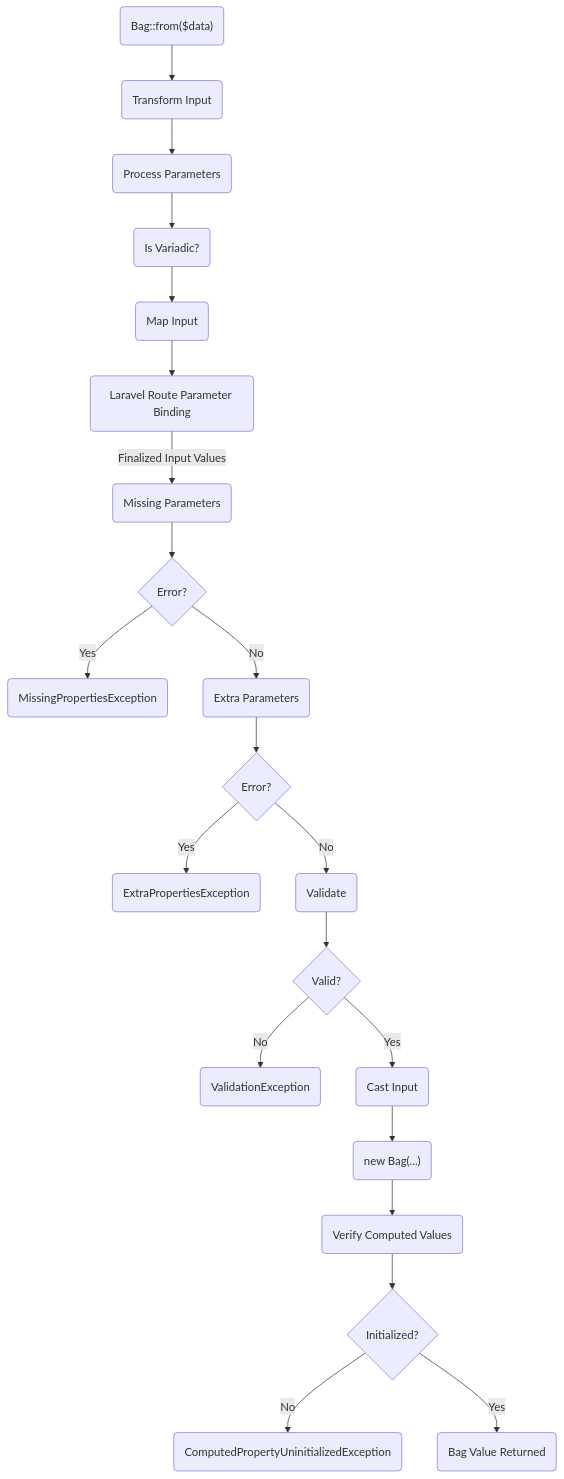
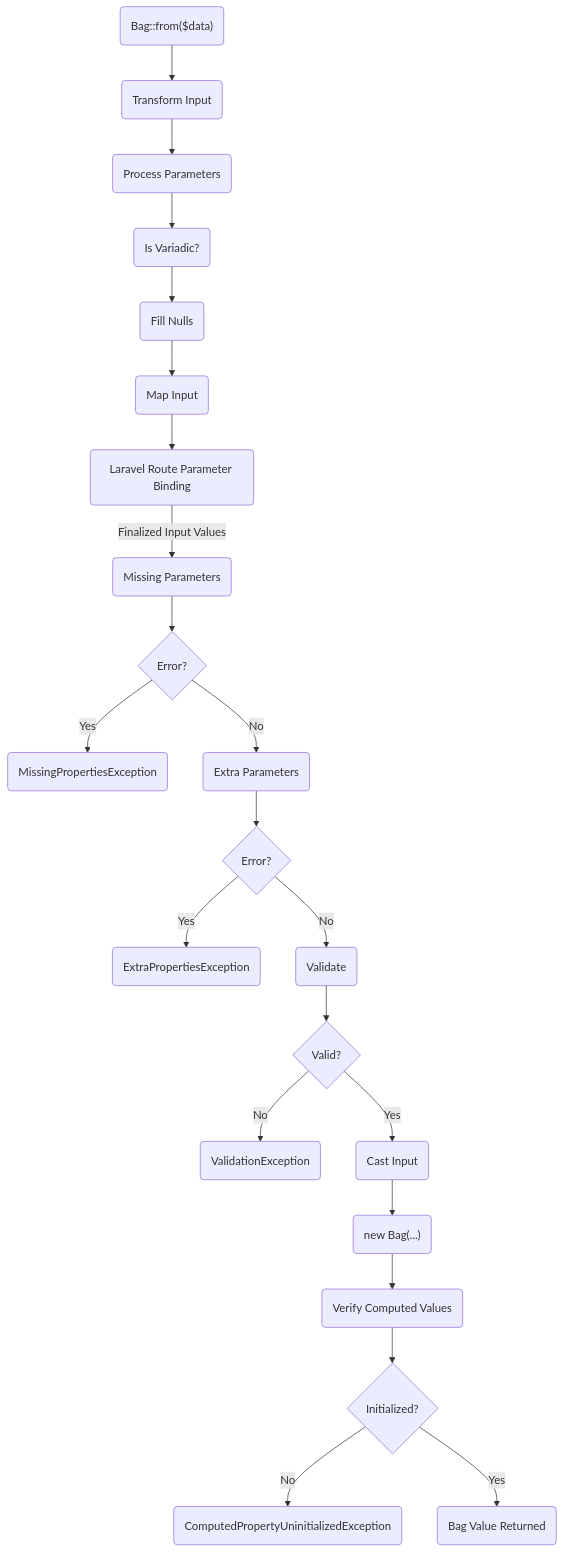
Before and after one commit to dshafik/bag: the first of 5 diagrams in docs/how-bag-works.md, drawn with Mermaid. The commit also changed other lines of this file and 1 other file, not shown here.

````diff
--- a/docs/how-bag-works.md
+++ b/docs/how-bag-works.md
@@ -22,41 +22,43 @@
 ```mermaid
 graph TD;
 start("Bag::from($data)")
 --> transform(Transform Input)
 --> process(Process Parameters) 
 --> variadic(Is Variadic?)
+--> fillNulls(Fill Nulls)
 --> mapInput(Map Input)
 --> laravelParams(Laravel Route Parameter Binding)
 -- Finalized Input Values --> missing(Missing Parameters) --> missingError{Error?}
 missingError -- Yes --> errorMissingParameters(MissingPropertiesException)
 missingError -- No --> extra(Extra Parameters) --> extraError{Error?}
 extraError -- Yes --> errorExtraParameters(ExtraPropertiesException)
 extraError -- No --> validate(Validate)
 --> valid{Valid?}
 valid -- No --> errorValidation(ValidationException)
 valid -- Yes --> cast(Cast Input)
 --> construct("new Bag(...)")
 --> computed(Verify Computed Values)
 --> initialized{Initialized?}
 initialized -- No --> errorInitialization(ComputedPropertyUninitializedException)
 initialized -- Yes
 --> bag(Bag Value Returned)
 
 class start mermaid-start
 class missingError,extraError,valid,initialized mermaid-decision
 class bag mermaid-end
 class errorMissingParameters,errorExtraParameters,errorValidation,errorInitialization mermaid-error
 
 click start "https://github.com/dshafik/bag/blob/main/src/Bag/Bag.php" _blank
 click transform "https://github.com/dshafik/bag/blob/main/src/Bag/Pipelines/Pipes/Transform.php" _blank
 click process "https://github.com/dshafik/bag/blob/main/src/Bag/Pipelines/Pipes/ProcessParameters.php" _blank
 click variadic "https://github.com/dshafik/bag/blob/main/src/Bag/Pipelines/Pipes/IsVariadic.php" _blank
+click fillNull "https://github.com/dshafik/bag/blob/main/src/Bag/Pipelines/Pipes/FillNulls.php" _blank
 click mapInput "https://github.com/dshafik/bag/blob/main/src/Bag/Pipelines/Pipes/MapInput.php" _blank
 click laravelParams "https://github.com/dshafik/bag/blob/main/src/Bag/Pipelines/Pipes/LaravelRouteParameters.php" _blank
 click missing "https://github.com/dshafik/bag/blob/main/src/Bag/Pipelines/Pipes/MissingParameters.php" _blank
 click extra "https://github.com/dshafik/bag/blob/main/src/Bag/Pipelines/Pipes/ExtraParameters.php" _blank
 click validate "https://github.com/dshafik/bag/blob/main/src/Bag/Pipelines/Pipes/Validate.php" _blank
 click cast "https://github.com/dshafik/bag/blob/main/src/Bag/Pipelines/Pipes/CastInputValues.php" _blank
 click construct "https://github.com/dshafik/bag/blob/main/src/Bag/Pipelines/Pipes/FillBag.php" _blank
 click computed "https://github.com/dshafik/bag/blob/main/src/Bag/Pipelines/Pipes/ComputedValues.php" _blank
 ```
````
